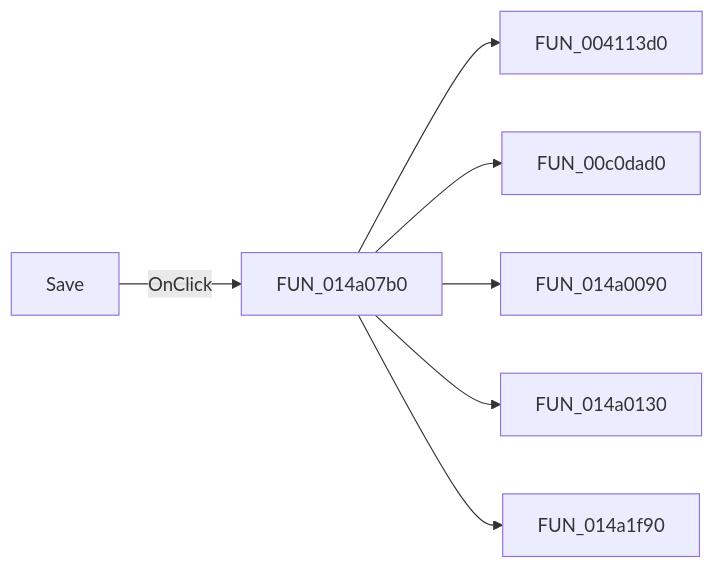
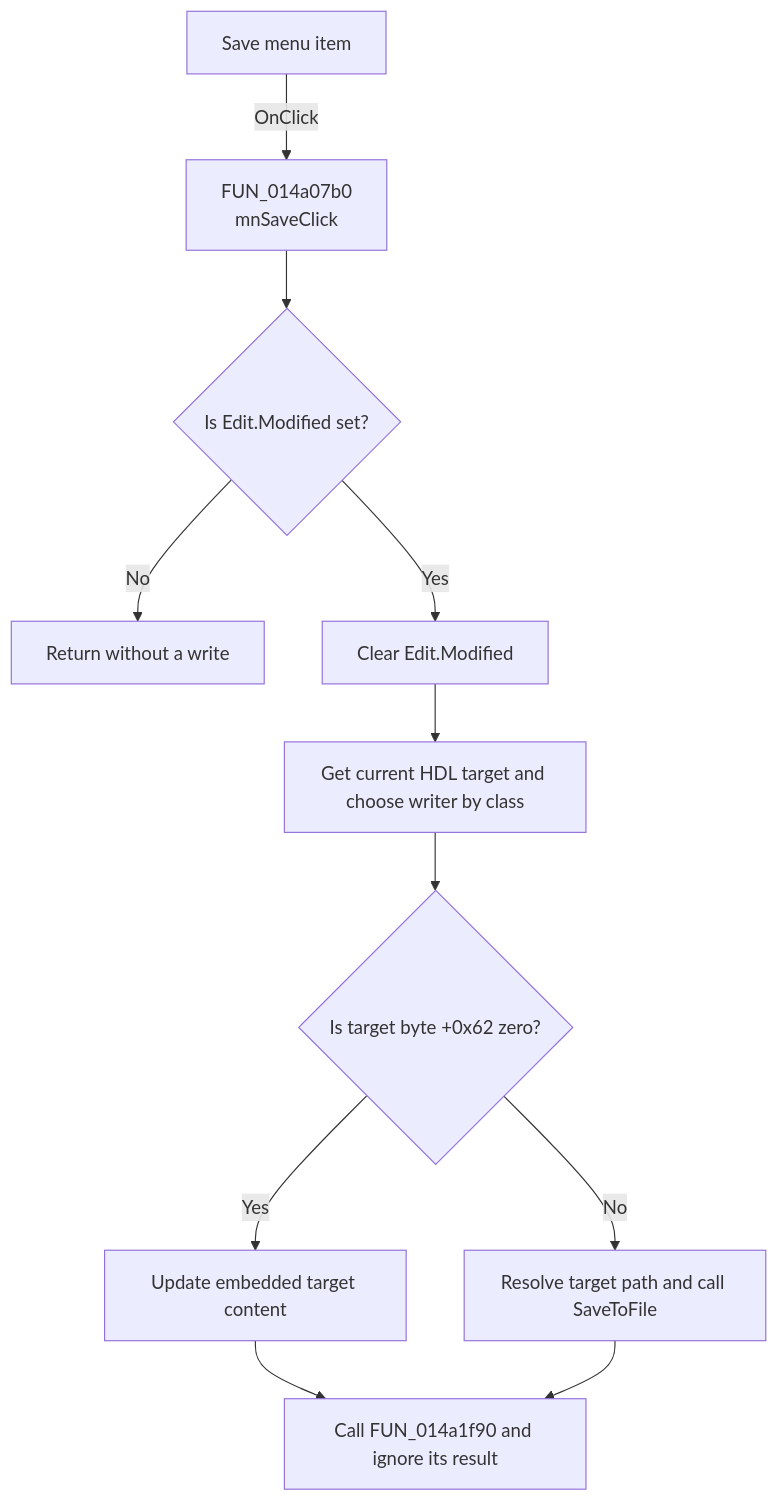
The diagram in docs/ui-controls/vhdleditor/mnsave-ad6961d881.md (MovGP0/TIARA), drawn with Mermaid before and after one commit. The commit also changed other lines of this file and 1062 other files, not shown here.

````diff
--- a/docs/ui-controls/vhdleditor/mnsave-ad6961d881.md
+++ b/docs/ui-controls/vhdleditor/mnsave-ad6961d881.md
@@ -27,9 +45,13 @@
 ```mermaid
-flowchart LR
-    control["Save"] -->|OnClick| handler["FUN_014a07b0"]
-    handler --> call1["FUN_004113d0"]
-    handler --> call2["FUN_00c0dad0"]
-    handler --> call3["FUN_014a0090"]
-    handler --> call4["FUN_014a0130"]
-    handler --> call5["FUN_014a1f90"]
+flowchart TD
+    control["Save menu item"] -->|OnClick| handler["FUN_014a07b0<br/>mnSaveClick"]
+    handler --> modified{"Is Edit.Modified set?"}
+    modified -->|No| noOp["Return without a write"]
+    modified -->|Yes| markClean["Clear Edit.Modified"]
+    markClean --> currentTarget["Get current HDL target and choose writer by class"]
+    currentTarget --> targetKind{"Is target byte +0x62 zero?"}
+    targetKind -->|Yes| embedded["Update embedded target content"]
+    targetKind -->|No| externalFile["Resolve target path and call SaveToFile"]
+    embedded --> followUp["Call FUN_014a1f90 and ignore its result"]
+    externalFile --> followUp
 ```
````
